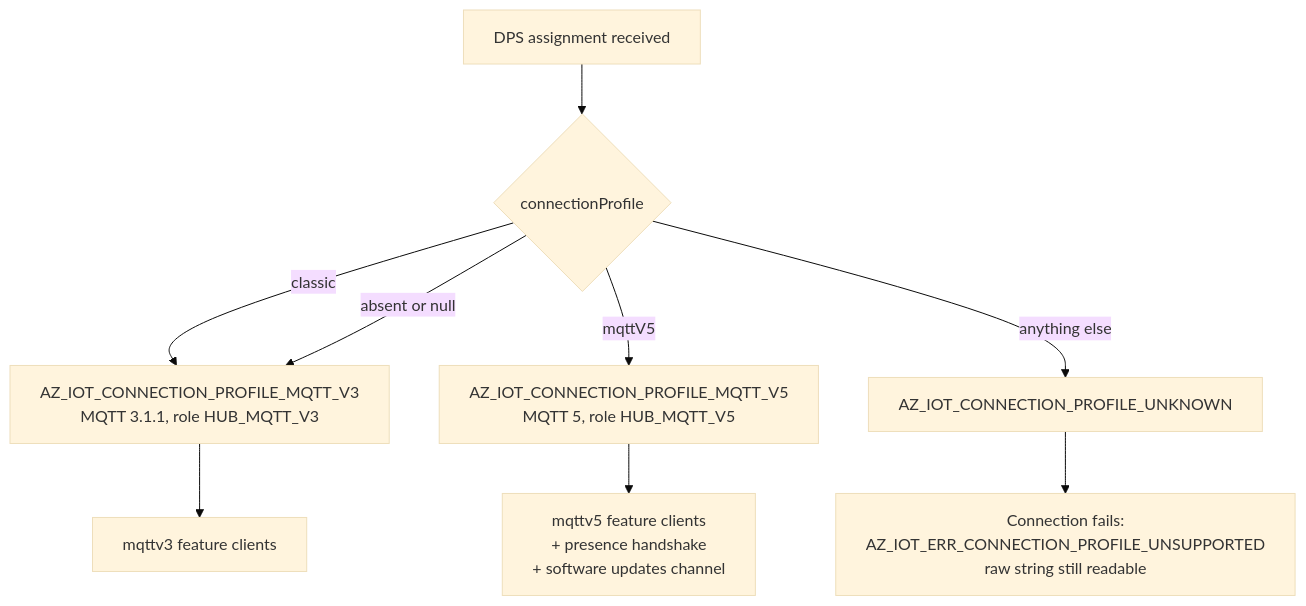
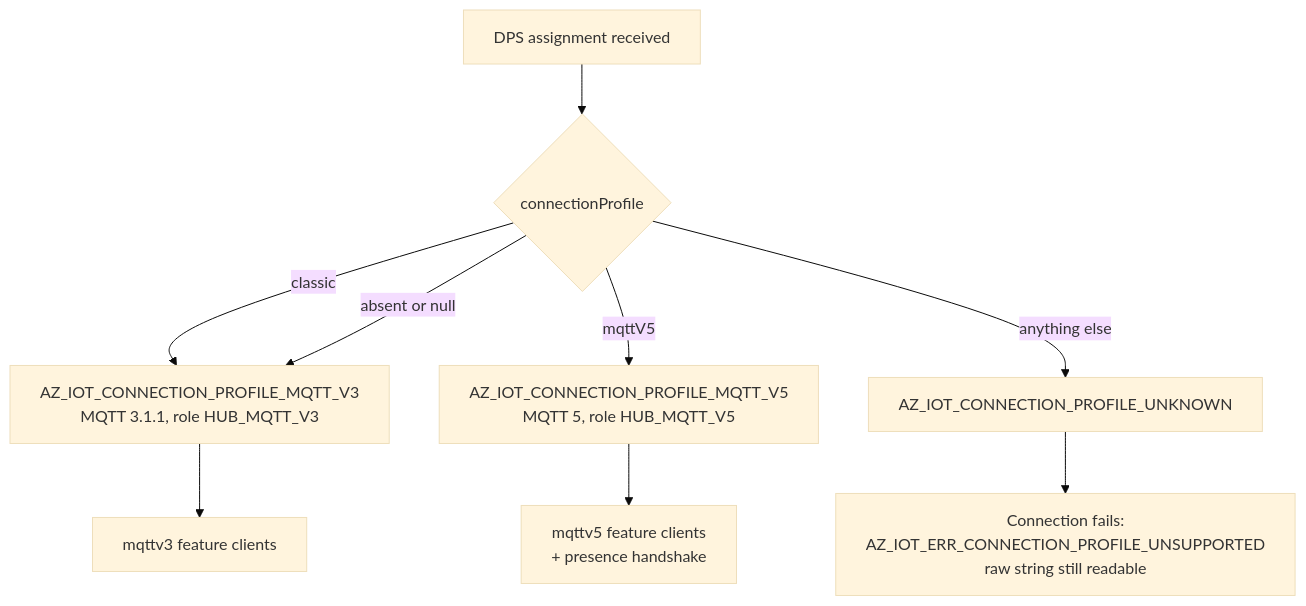
One commit to Azure/azure-iot-sdk changed the fourth of 7 diagrams in c/docs/eng/connection.md. Above: the diagram before and after it, drawn with Mermaid (base theme). The commit also changed other lines of this file and 18 other files, not shown here.

````diff
--- a/c/docs/eng/connection.md
+++ b/c/docs/eng/connection.md
@@ -284,11 +277,11 @@
 ```mermaid
 flowchart TB
     A["DPS assignment received"] --> B{"connectionProfile"}
     B -->|"classic"| C["AZ_IOT_CONNECTION_PROFILE_MQTT_V3<br/>MQTT 3.1.1, role HUB_MQTT_V3"]
     B -->|"absent or null"| C
     B -->|"mqttV5"| D["AZ_IOT_CONNECTION_PROFILE_MQTT_V5<br/>MQTT 5, role HUB_MQTT_V5"]
     B -->|"anything else"| E["AZ_IOT_CONNECTION_PROFILE_UNKNOWN"]
     C --> F["mqttv3 feature clients"]
-    D --> G["mqttv5 feature clients<br/>+ presence handshake<br/>+ software updates channel"]
+    D --> G["mqttv5 feature clients<br/>+ presence handshake"]
     E --> H["Connection fails:<br/>AZ_IOT_ERR_CONNECTION_PROFILE_UNSUPPORTED<br/>raw string still readable"]
 ```
````
